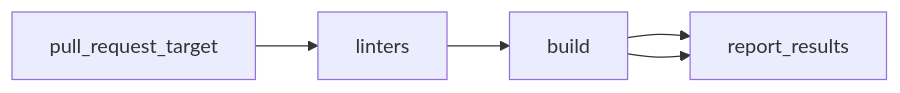
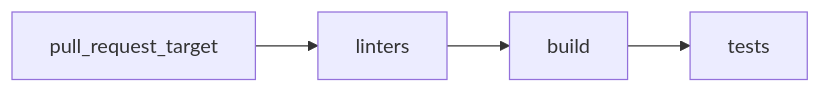
The diagram in docs/contributing/pullrequest.md (kube-burner/kube-burner), drawn with Mermaid before and after one commit. The commit also changed other lines of this file and 6 other files, not shown here.

````diff
--- a/docs/contributing/pullrequest.md
+++ b/docs/contributing/pullrequest.md
@@ -3,7 +3,6 @@
 ```mermaid
 graph LR
   A[pull_request_target] --> B[linters];
   B --> C[build];
   C --> D[tests];
-  C --> D[report_results];
 ```
````
